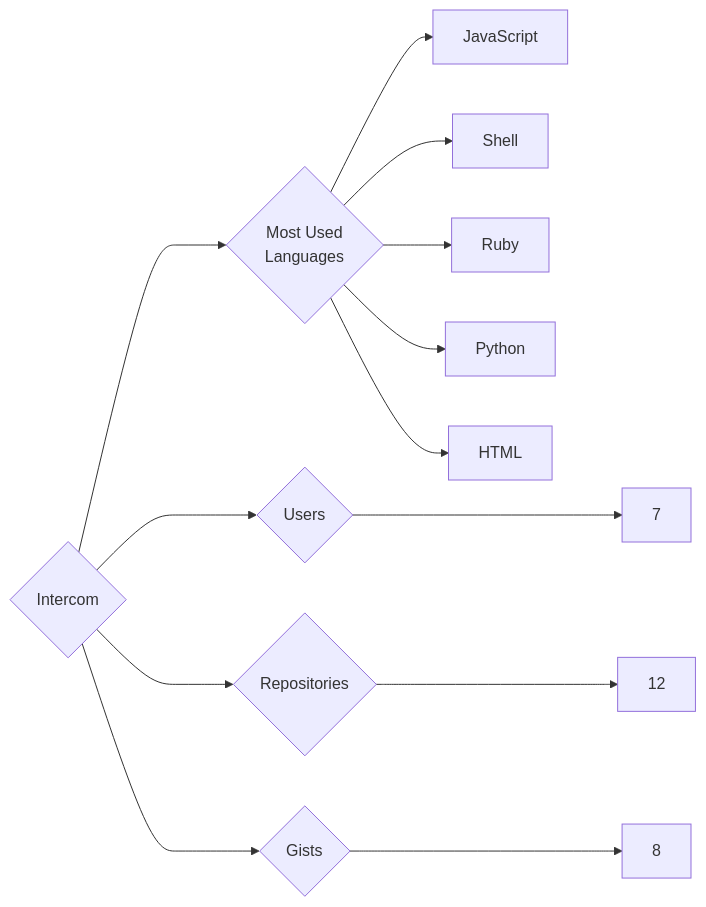
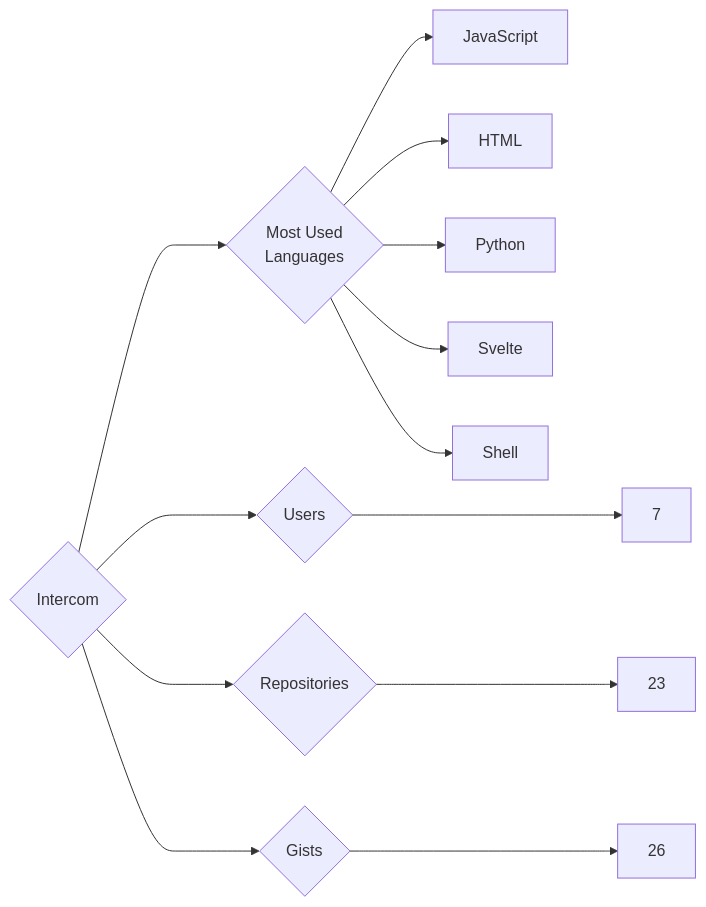
The diagram in targets/Intercom/README.md (trickest/insiders), drawn with Mermaid before and after one commit. The commit also changed 1141 other files, not shown here.

````diff
--- a/targets/Intercom/README.md
+++ b/targets/Intercom/README.md
@@ -3,13 +3,13 @@
 ```mermaid
 graph LR
 COMPANY_NAME{Intercom}
 COMPANY_NAME ---> U{Users} ---> UN[7]
-COMPANY_NAME ---> R{Repositories} ---> RN[12]
-COMPANY_NAME ---> G{Gists} ---> GN[8]
+COMPANY_NAME ---> R{Repositories} ---> RN[23]
+COMPANY_NAME ---> G{Gists} ---> GN[26]
 COMPANY_NAME ---> ML{Most Used<br>Languages}
 ML --> JavaScript[JavaScript]
+ML --> HTML[HTML]
+ML --> Python[Python]
+ML --> Svelte[Svelte]
 ML --> Shell[Shell]
-ML --> Ruby[Ruby]
-ML --> Python[Python]
-ML --> HTML[HTML]
 ```
````
